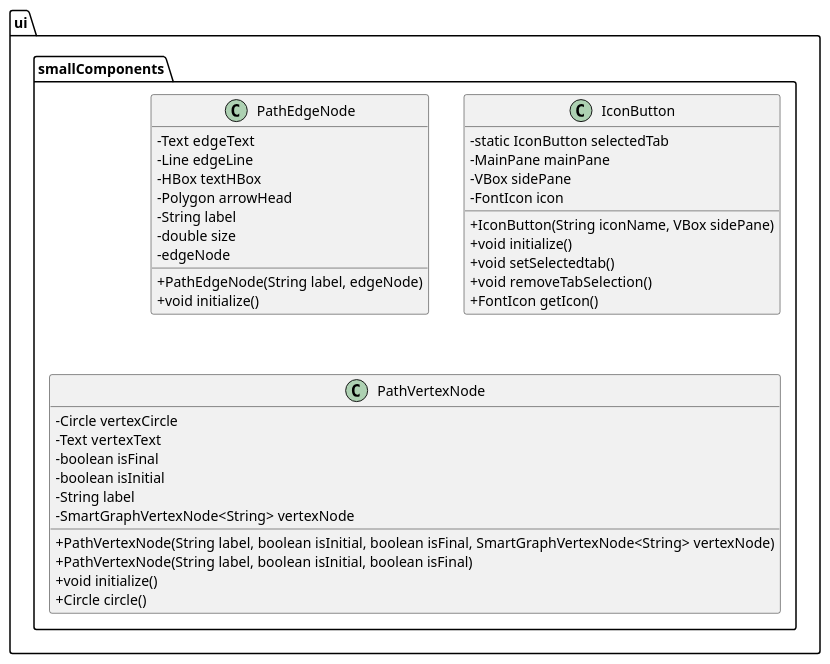
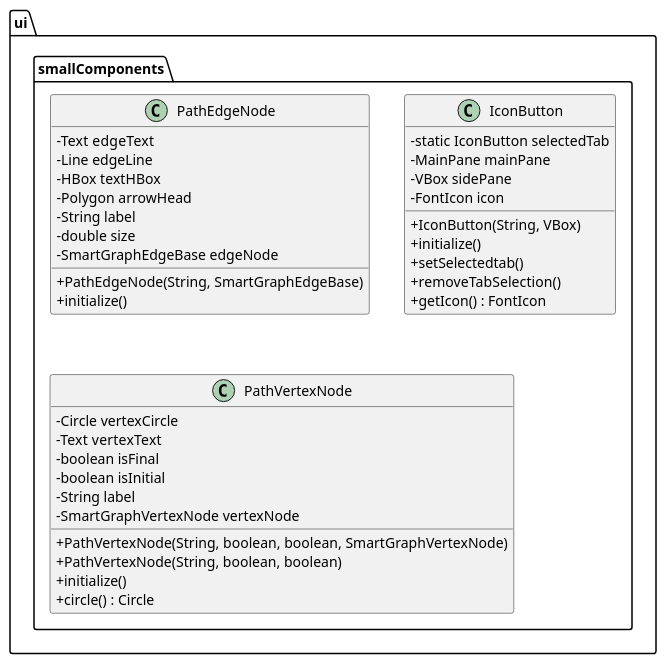
One commit to ZenoBogoni/Word-Automata changed the diagram in plantUML/SmallComponents.puml. Above: the diagram before and after it, drawn with PlantUML. The commit also changed 11 other files, not shown here.

```diff
--- a/plantUML/SmallComponents.puml
+++ b/plantUML/SmallComponents.puml
@@ -1,43 +1,40 @@
 @startuml
 package ui.smallComponents {
   skinparam classAttributeIconSize 0  
     class PathEdgeNode {
         - Text edgeText
         - Line edgeLine
         - HBox textHBox
         - Polygon arrowHead
         - String label
         - double size
-        - edgeNode
-
-        + PathEdgeNode(String label, edgeNode)
-        + void initialize()
-    } 
+        - SmartGraphEdgeBase edgeNode
+        + PathEdgeNode(String, SmartGraphEdgeBase)
+        + initialize()
+    }
     class IconButton {
         - static IconButton selectedTab
         - MainPane mainPane
         - VBox sidePane
         - FontIcon icon
-
-        + IconButton(String iconName, VBox sidePane)
-        + void initialize()
-        + void setSelectedtab()
-        + void removeTabSelection()
-        + FontIcon getIcon()
+        + IconButton(String, VBox)
+        + initialize()
+        + setSelectedtab()
+        + removeTabSelection()
+        + getIcon() : FontIcon
     }
     class PathVertexNode {
-        - Circle vertexCircle
-        - Text vertexText
-        - boolean isFinal
-        - boolean isInitial
-        - String label
-        - SmartGraphVertexNode<String> vertexNode
-
-        + PathVertexNode(String label, boolean isInitial, boolean isFinal, SmartGraphVertexNode<String> vertexNode)
-        + PathVertexNode(String label, boolean isInitial, boolean isFinal)
-        + void initialize()
-        + Circle circle()
-    }
+    - Circle vertexCircle
+    - Text vertexText
+    - boolean isFinal
+    - boolean isInitial
+    - String label
+    - SmartGraphVertexNode vertexNode
+    + PathVertexNode(String, boolean, boolean, SmartGraphVertexNode)
+    + PathVertexNode(String, boolean, boolean)
+    + initialize()
+    + circle() : Circle
+}
 
 }
 @enduml
```
